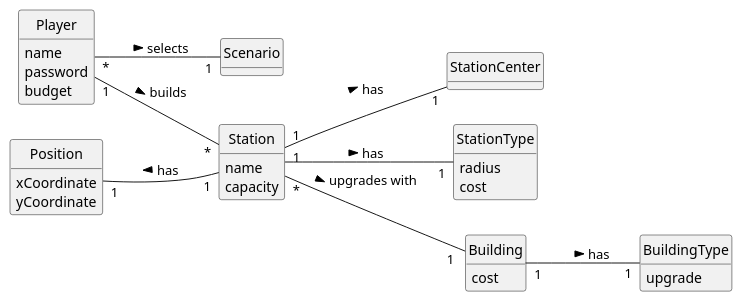
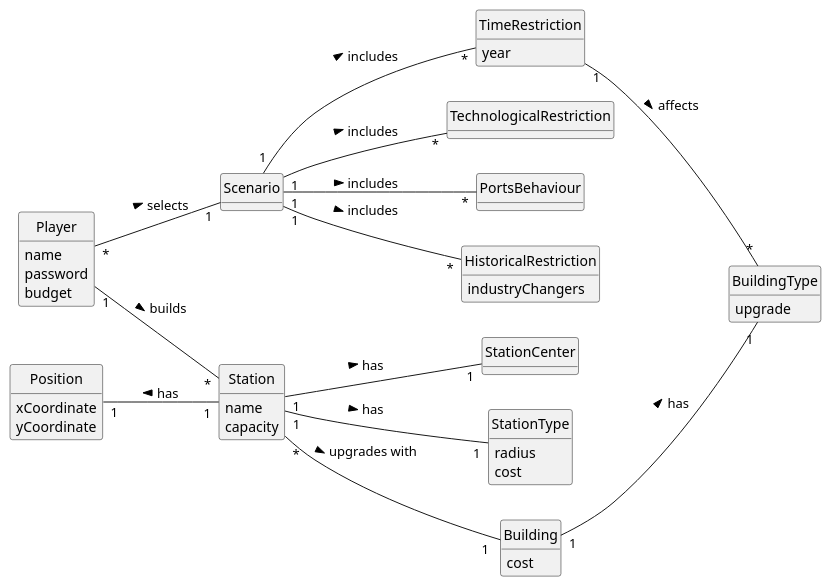
The diagram in Sprint2/US006/02.analysis/puml/US006-DM.puml (1240935/pi2-railway-simulator), drawn with PlantUML before and after one commit. The commit also changed 9 other files, not shown here.

```diff
--- a/Sprint2/US006/02.analysis/puml/US006-DM.puml
+++ b/Sprint2/US006/02.analysis/puml/US006-DM.puml
@@ -1,56 +1,77 @@
 @startuml
 skinparam monochrome true
 skinparam packageStyle rectangle
 skinparam shadowing false
 'skinparam linetype ortho
 'left to right direction
 skinparam classAttributeIconSize 0
 hide circle
 hide methods
 
 left to right direction
 
 class Player {
     name
     password
     budget
 }
 
 class Station {
     name
     capacity
 }
 
 class StationCenter{
 }
 
 class StationType{
     radius
     cost
 }
 
 class Building {
     cost
 }
 
 class BuildingType {
     upgrade
 }
 
 class Scenario {
 }
 
 class Position{
     xCoordinate
     yCoordinate
 }
 
+class HistoricalRestriction{
+    industryChangers
+}
+
+class TimeRestriction{
+    year
+}
+
+class TechnologicalRestriction{
+}
+
+class PortsBehaviour{
+}
+
 Player "1" -- "*" Station: builds >
 Player "*" -- "1" Scenario : selects >
 Station "*" -- "1 "Building:  upgrades with  >
 Station "1" -- "1" StationType: has >
 Station "1" -- "1" StationCenter: has >
 Building "1" -- "1" BuildingType : has >
 Position "1" -- "1" Station: has <
+Scenario "1" -- "*" HistoricalRestriction: includes >
+Scenario "1" -- "*" TechnologicalRestriction: includes >
+Scenario "1" -- "*" TimeRestriction: includes >
+Scenario "1" -- "*" PortsBehaviour: includes >
+TimeRestriction "1" -- "*" BuildingType: affects >
+
+
 
 @enduml
```
